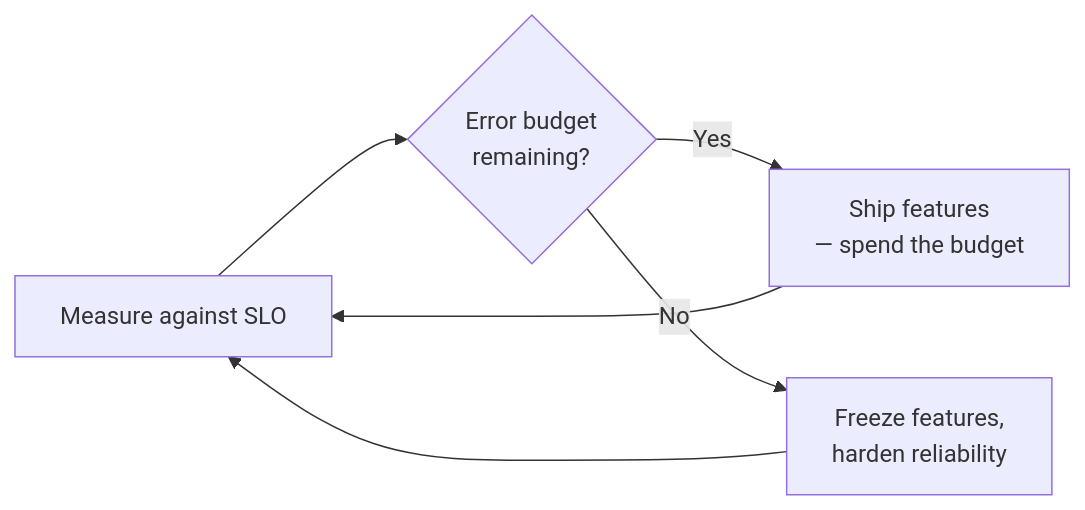
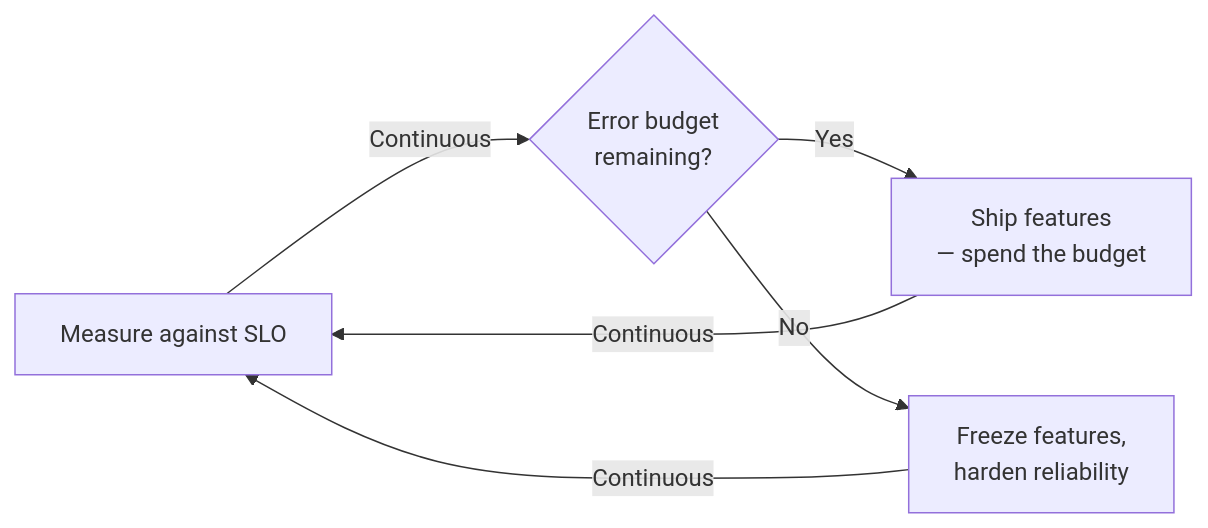
One commit to raghavarora12/engineering-playbook changed the second of 2 diagrams in adrs/002-availability-target.md. Above: the diagram before and after it, drawn with Mermaid. The commit also changed other lines of this file and 8 other files, not shown here.

````diff
--- a/adrs/002-availability-target.md
+++ b/adrs/002-availability-target.md
@@ -75,8 +103,8 @@
 ```mermaid
 flowchart LR
-    M["Measure against SLO"] --> B{"Error budget<br/>remaining?"}
+    M["Measure against SLO"] -- Continuous --> B{"Error budget<br/>remaining?"}
     B -- Yes --> S["Ship features<br/>— spend the budget"]
     B -- No --> F["Freeze features,<br/>harden reliability"]
-    S --> M
-    F --> M
+    S -- Continuous --> M
+    F -- Continuous --> M
 ```
````
